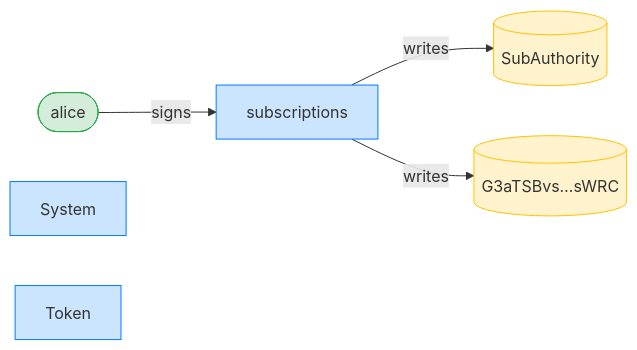
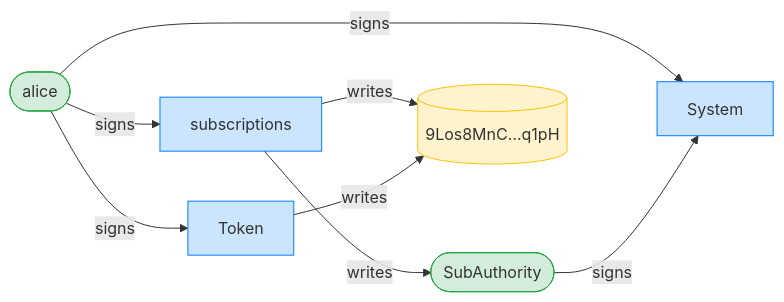
Before and after one commit to cds-rs/subscriptions: diagram 11 of 12 in dsl_tests/reject-a-stale-subscription-authority-generation.md, drawn with Mermaid. The commit also changed other lines of this file and 224 other files, not shown here.

````diff
--- a/dsl_tests/reject-a-stale-subscription-authority-generation.md
+++ b/dsl_tests/reject-a-stale-subscription-authority-generation.md
@@ -197,15 +206,19 @@
 ```mermaid
 flowchart LR
     classDef signer fill:#d4edda,stroke:#28a745;
     classDef program fill:#cce5ff,stroke:#007bff;
     classDef writable fill:#fff3cd,stroke:#ffc107;
     subscriptions[subscriptions]:::program
     alice([alice]):::signer
-    SubAuthority[(SubAuthority)]:::writable
-    G3aTSBvs_sWRC[("G3aTSBvs…sWRC")]:::writable
+    SubAuthority([SubAuthority]):::signer
+    9Los8MnC_q1pH[("9Los8MnC…q1pH")]:::writable
     System[System]:::program
     Token[Token]:::program
     alice -->|signs| subscriptions
+    alice -->|signs| System
+    SubAuthority -->|signs| System
+    alice -->|signs| Token
     subscriptions -->|writes| SubAuthority
-    subscriptions -->|writes| G3aTSBvs_sWRC
+    subscriptions -->|writes| 9Los8MnC_q1pH
+    Token -->|writes| 9Los8MnC_q1pH
 ```
````
